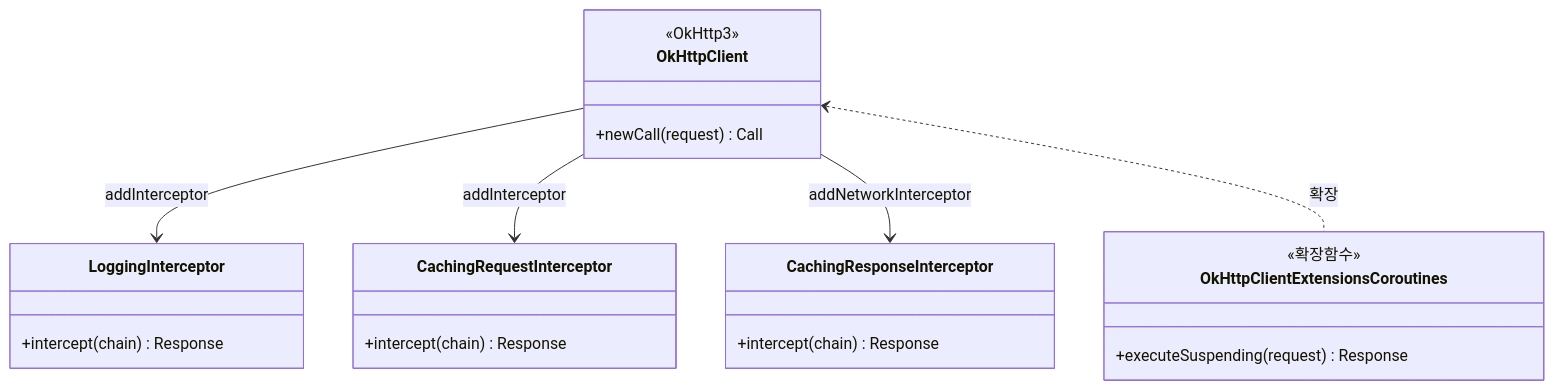
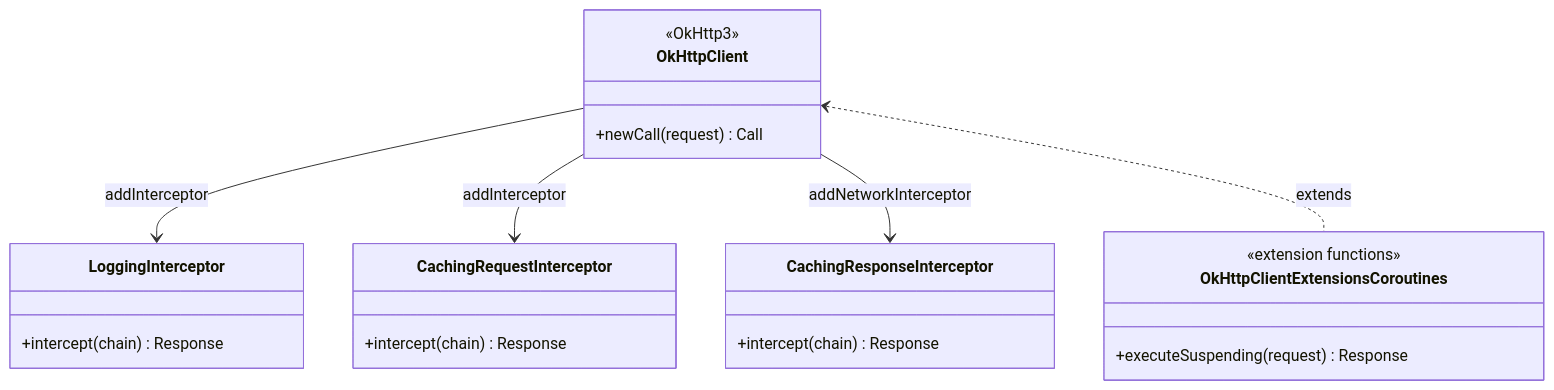
One commit to bluetape4k/bluetape4k-projects changed the second of 3 diagrams in io/http/README.md. Above: the diagram before and after it, drawn with Mermaid. The commit also changed other lines of this file and 265 other files, not shown here.

````diff
--- a/io/http/README.md
+++ b/io/http/README.md
@@ -212,30 +214,30 @@
 ```mermaid
 classDiagram
     class OkHttpClient {
         <<OkHttp3>>
         +newCall(request) Call
     }
 
     class LoggingInterceptor {
         +intercept(chain) Response
     }
 
     class CachingRequestInterceptor {
         +intercept(chain) Response
     }
 
     class CachingResponseInterceptor {
         +intercept(chain) Response
     }
 
     class OkHttpClientExtensionsCoroutines {
-        <<확장함수>>
+        <<extension functions>>
         +executeSuspending(request) Response
     }
 
     OkHttpClient --> LoggingInterceptor : addInterceptor
     OkHttpClient --> CachingRequestInterceptor : addInterceptor
     OkHttpClient --> CachingResponseInterceptor : addNetworkInterceptor
-    OkHttpClient <.. OkHttpClientExtensionsCoroutines : 확장
+    OkHttpClient <.. OkHttpClientExtensionsCoroutines : extends
 
 ```
````
